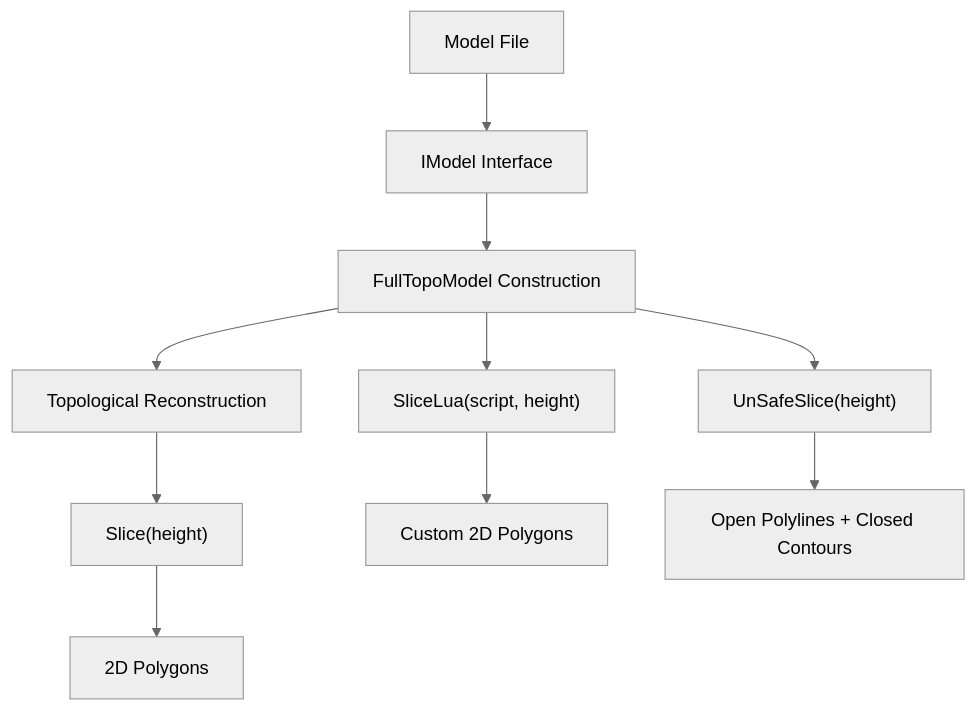
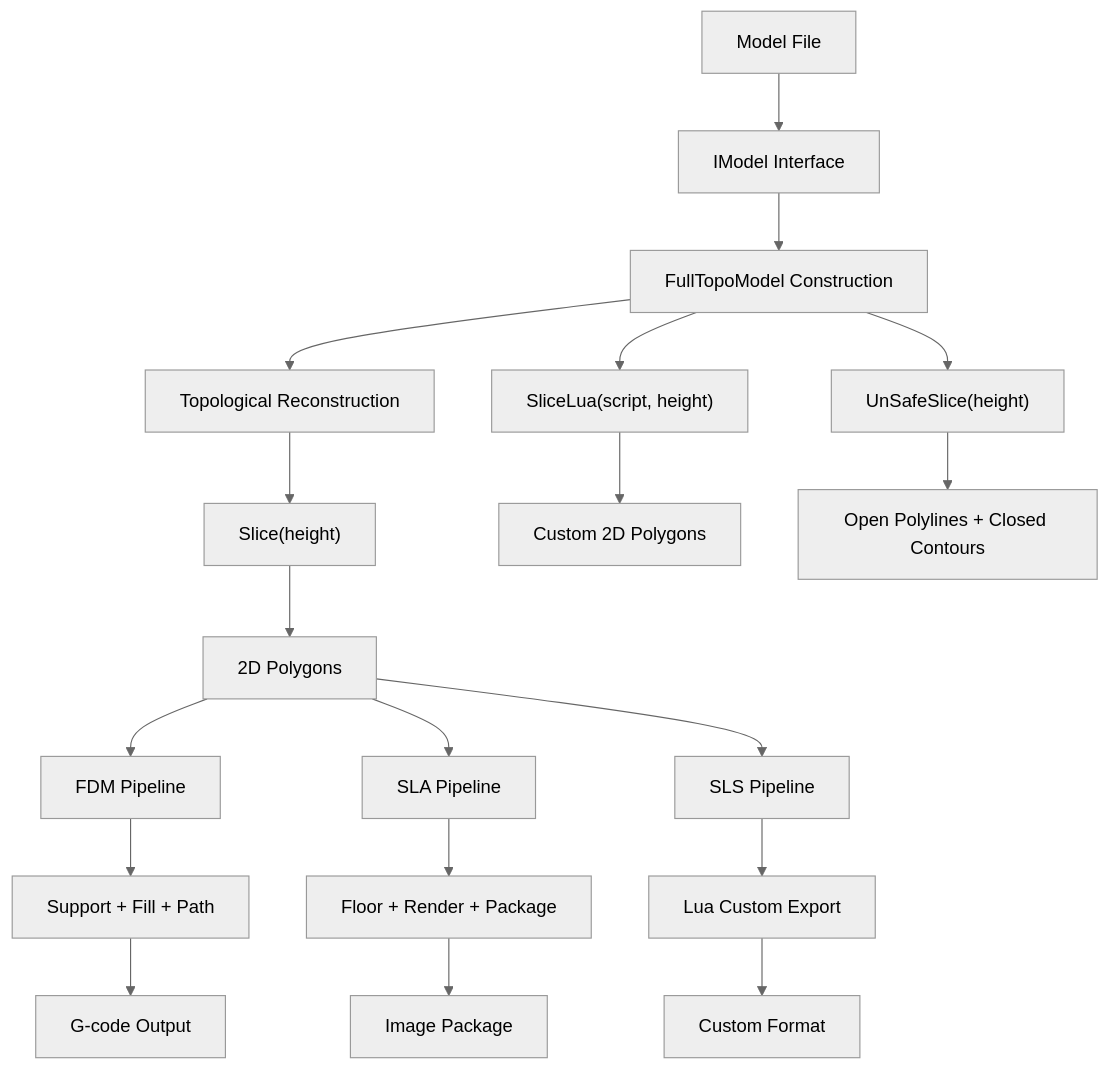
One commit to hsmbanlance/HsBaSlicer changed the first of 5 diagrams in .qoder/repowiki/en/content/Core Architecture/Data Flow and Processing Pipeline.md. Above: the diagram before and after it, drawn with Mermaid (neutral theme). The commit also changed other lines of this file and 19 other files, not shown here.

````diff
--- a/.qoder/repowiki/en/content/Core Architecture/Data Flow and Processing Pipeline.md
+++ b/.qoder/repowiki/en/content/Core Architecture/Data Flow and Processing Pipeline.md
@@ -45,12 +68,21 @@
 ```mermaid
 flowchart TD
 A["Model File"] --> B["IModel Interface"]
 B --> C["FullTopoModel Construction"]
 C --> D["Topological Reconstruction"]
 D --> E["Slice(height)"]
 E --> F["2D Polygons"]
-C --> G["SliceLua(script, height)"]
-G --> H["Custom 2D Polygons"]
-C --> I["UnSafeSlice(height)"]
-I --> J["Open Polylines + Closed Contours"]
+F --> G["FDM Pipeline"]
+F --> H["SLA Pipeline"]
+F --> I["SLS Pipeline"]
+G --> J["Support + Fill + Path"]
+H --> K["Floor + Render + Package"]
+I --> L["Lua Custom Export"]
+J --> M["G-code Output"]
+K --> N["Image Package"]
+L --> O["Custom Format"]
+C --> P["SliceLua(script, height)"]
+P --> Q["Custom 2D Polygons"]
+C --> R["UnSafeSlice(height)"]
+R --> S["Open Polylines + Closed Contours"]
 ```
````
